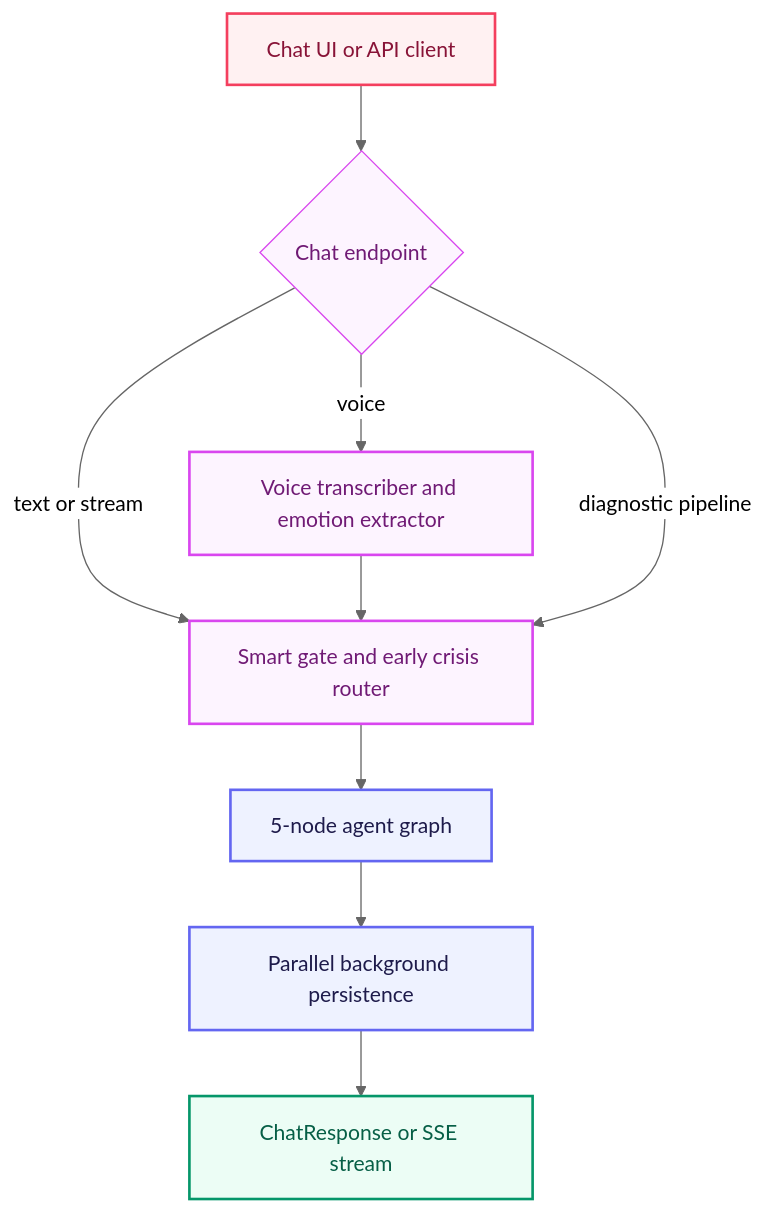
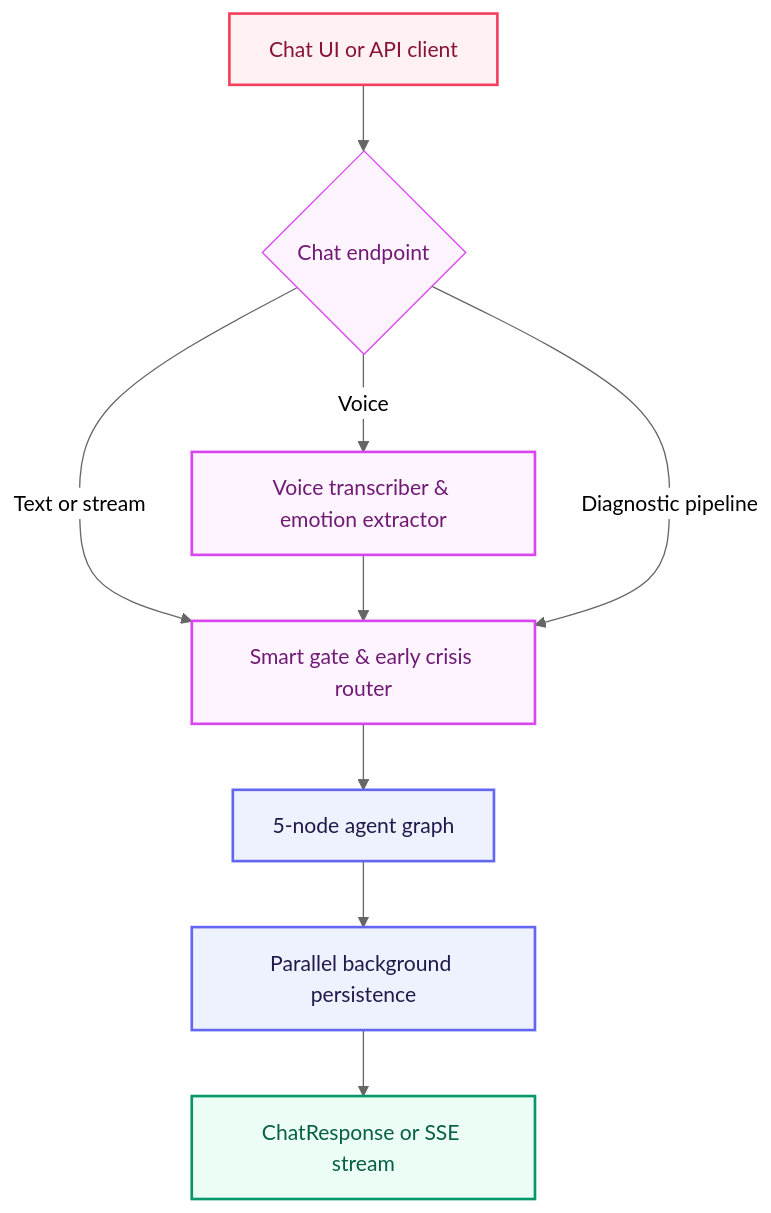
One commit to taha-mehmood-03/Personlaized-Trainer-Using-Agentic-AI changed diagram 16 of 18 in README.md. Above: the diagram before and after it, drawn with Mermaid (neutral theme). The commit also changed other lines of this file, not shown here.

````diff
--- a/README.md
+++ b/README.md
@@ -1075,22 +822,22 @@
 ```mermaid
 flowchart TD
-    classDef client fill:#FFF1F2,stroke:#F43F5E,stroke-width:2px,color:#881337;
-    classDef route fill:#FDF4FF,stroke:#D946EF,stroke-width:1px,color:#701A75;
-    classDef node fill:#FDF4FF,stroke:#D946EF,stroke-width:2px,color:#701A75;
-    classDef main fill:#EEF2FF,stroke:#6366F1,stroke-width:2px,color:#1E1B4B;
-    classDef output fill:#ECFDF5,stroke:#059669,stroke-width:2px,color:#065F46;
+    classDef client fill:#FFF1F2,stroke:#F43F5E,stroke-width:2px,color:#881337
+    classDef route fill:#FDF4FF,stroke:#D946EF,stroke-width:1px,color:#701A75
+    classDef node fill:#FDF4FF,stroke:#D946EF,stroke-width:2px,color:#701A75
+    classDef main fill:#EEF2FF,stroke:#6366F1,stroke-width:2px,color:#1E1B4B
+    classDef output fill:#ECFDF5,stroke:#059669,stroke-width:2px,color:#065F46
 
     ChatClient["Chat UI or API client"]:::client
     Entry{"Chat endpoint"}:::route
-    Audio["Voice transcriber and emotion extractor"]:::node
-    SmartGate["Smart gate and early crisis router"]:::node
+    Audio["Voice transcriber & emotion extractor"]:::node
+    SmartGate["Smart gate & early crisis router"]:::node
     Graph["5-node agent graph"]:::main
     Persist["Parallel background persistence"]:::main
     Response["ChatResponse or SSE stream"]:::output
 
     ChatClient --> Entry
-    Entry -- text or stream --> SmartGate
-    Entry -- voice --> Audio --> SmartGate
-    Entry -- diagnostic pipeline --> SmartGate
+    Entry -- Text or stream --> SmartGate
+    Entry -- Voice --> Audio --> SmartGate
+    Entry -- Diagnostic pipeline --> SmartGate
     SmartGate --> Graph --> Persist --> Response
 ```
````
